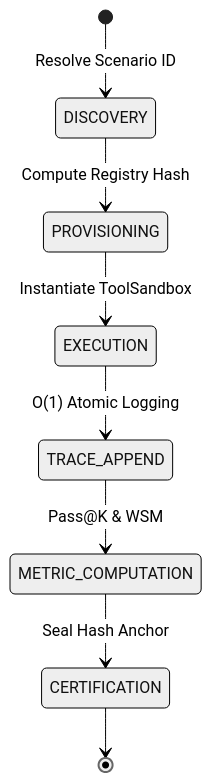
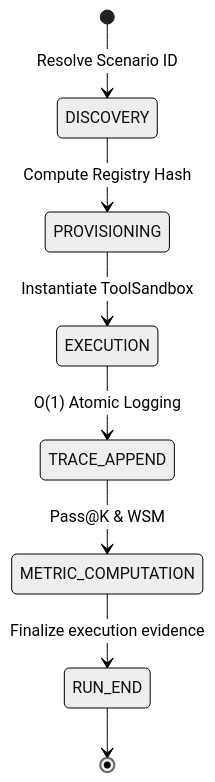
Before and after one commit to najeed/ai-agent-eval-harness: the diagram in docs/src/content/docs/scholar/architecture.md, drawn with Mermaid (neutral theme). The commit also changed other lines of this file and 191 other files, not shown here.

````diff
--- a/docs/src/content/docs/scholar/architecture.md
+++ b/docs/src/content/docs/scholar/architecture.md
@@ -13,10 +13,10 @@
 ```mermaid
 stateDiagram-v2
     [*] --> DISCOVERY: Resolve Scenario ID
     DISCOVERY --> PROVISIONING: Compute Registry Hash
     PROVISIONING --> EXECUTION: Instantiate ToolSandbox
     EXECUTION --> TRACE_APPEND: O(1) Atomic Logging
     TRACE_APPEND --> METRIC_COMPUTATION: Pass@K & WSM
-    METRIC_COMPUTATION --> CERTIFICATION: Seal Hash Anchor
-    CERTIFICATION --> [*]
+    METRIC_COMPUTATION --> RUN_END: Finalize execution evidence
+    RUN_END --> [*]
 ```
````
